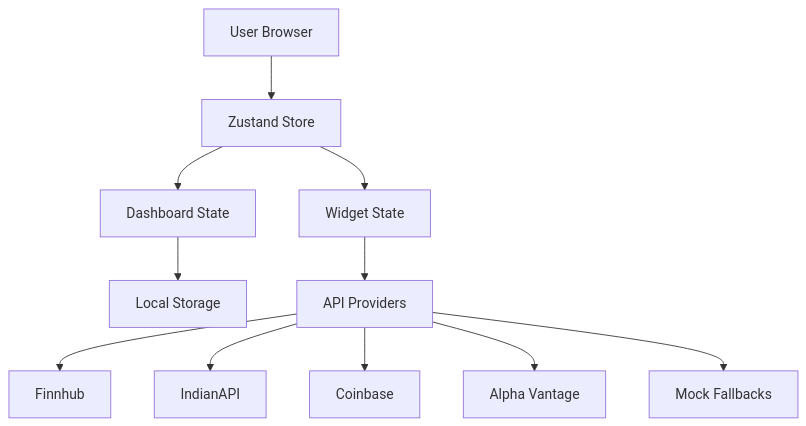
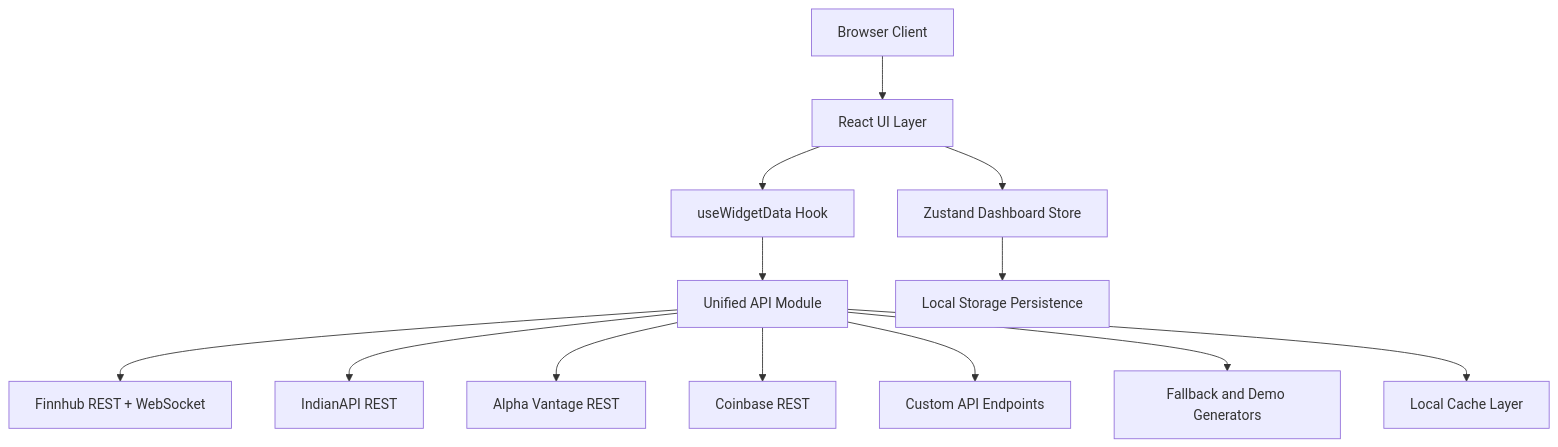
One commit to Meetjain1/FinBoard changed the first of 2 diagrams in README.md. Above: the diagram before and after it, drawn with Mermaid. The commit also changed other lines of this file, not shown here.

````diff
--- a/README.md
+++ b/README.md
@@ -31,13 +118,15 @@
 ```mermaid
 graph TD
-    A[User Browser] --> B[Zustand Store]
-    B --> C[Dashboard State]
-    B --> D[Widget State]
-    C --> E[Local Storage]
-    D --> F[API Providers]
-    F --> G[Finnhub]
-    F --> H[IndianAPI]
-    F --> I[Coinbase]
-    F --> J[Alpha Vantage]
-    F --> K[Mock Fallbacks]
+    U[Browser Client] --> R[React UI Layer]
+    R --> S[Zustand Dashboard Store]
+    R --> H[useWidgetData Hook]
+    H --> A[Unified API Module]
+    A --> F[Finnhub REST + WebSocket]
+    A --> I[IndianAPI REST]
+    A --> V[Alpha Vantage REST]
+    A --> C[Coinbase REST]
+    A --> X[Custom API Endpoints]
+    A --> M[Fallback and Demo Generators]
+    S --> L[Local Storage Persistence]
+    A --> K[Local Cache Layer]
 ```
````
